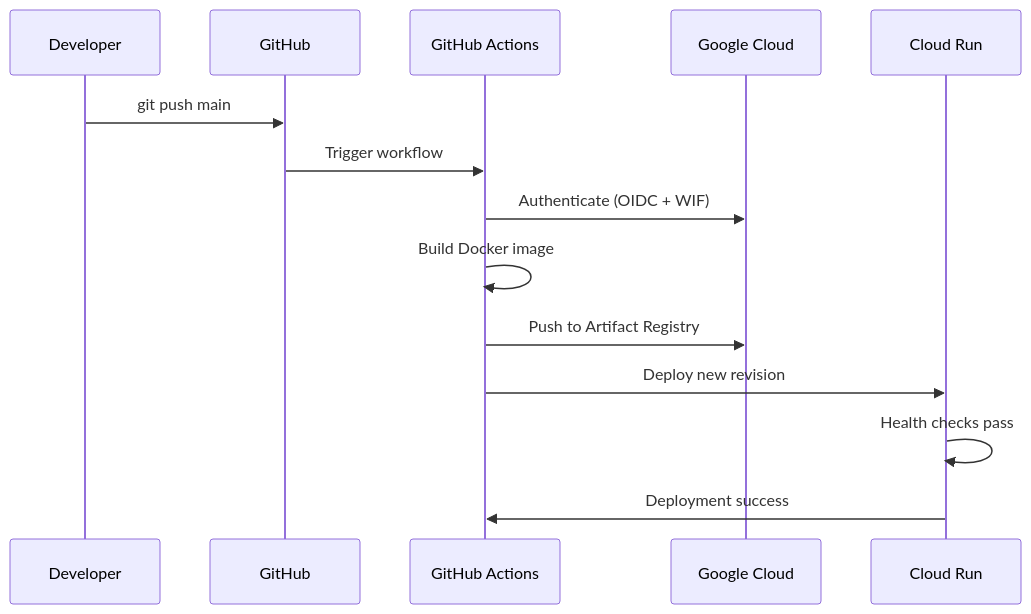
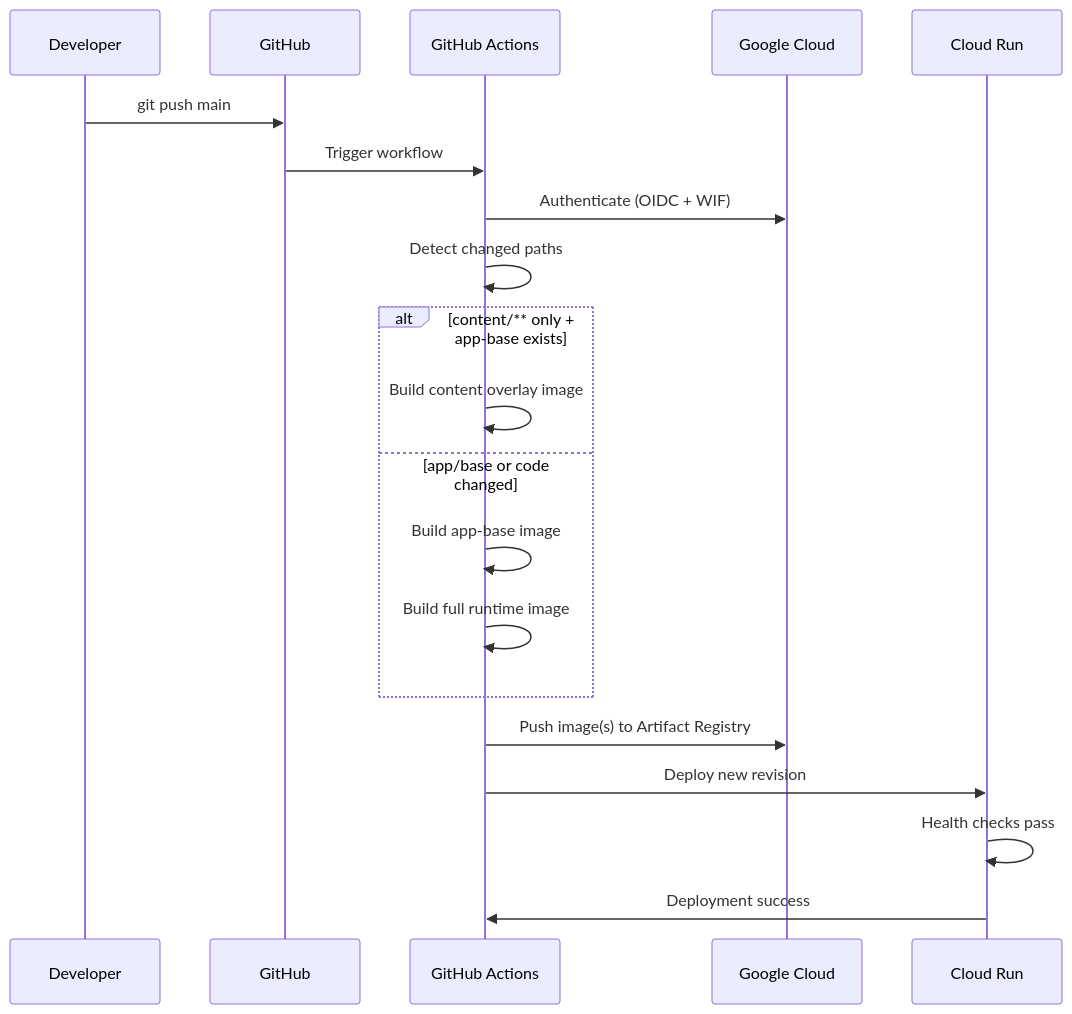
Before and after one commit to pasunboneleve/gcp-rust-blog-public: the third of 5 diagrams in docs/INFRASTRUCTURE.md, drawn with Mermaid. The commit also changed other lines of this file and 2 other files, not shown here.

Commit message:
Document content-only deploy flow and ignore doc-only pushes

````diff
--- a/docs/INFRASTRUCTURE.md
+++ b/docs/INFRASTRUCTURE.md
@@ -196,17 +196,23 @@
 ```mermaid
 sequenceDiagram
     participant Dev as Developer
     participant GH as GitHub
     participant GHA as GitHub Actions
     participant GCP as Google Cloud
     participant CR as Cloud Run
 
     Dev->>GH: git push main
     GH->>GHA: Trigger workflow
     GHA->>GCP: Authenticate (OIDC + WIF)
-    GHA->>GHA: Build Docker image
-    GHA->>GCP: Push to Artifact Registry
+    GHA->>GHA: Detect changed paths
+    alt content/** only + app-base exists
+        GHA->>GHA: Build content overlay image
+    else app/base or code changed
+        GHA->>GHA: Build app-base image
+        GHA->>GHA: Build full runtime image
+    end
+    GHA->>GCP: Push image(s) to Artifact Registry
     GHA->>CR: Deploy new revision
     CR->>CR: Health checks pass
     CR->>GHA: Deployment success
 ```
````
